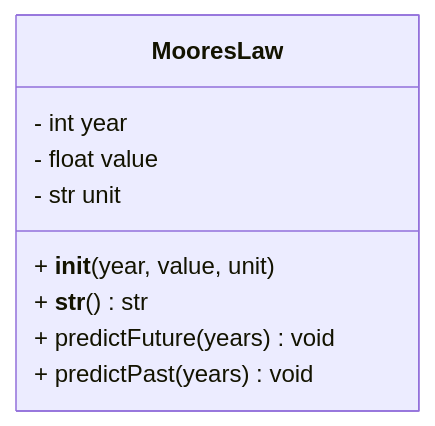
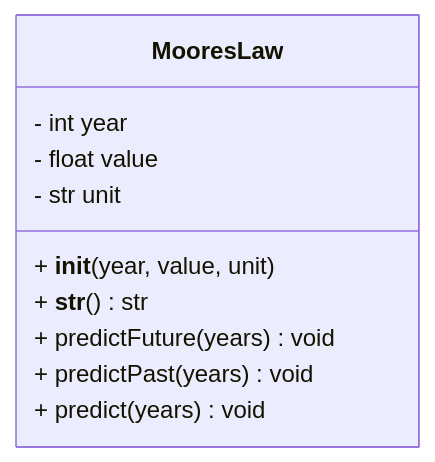
The diagram in object_oriented/MooresLaw_UML_Diagram.md (ProfLehman/cs216_spring_2025), drawn with Mermaid before and after one commit.

````diff
--- a/object_oriented/MooresLaw_UML_Diagram.md
+++ b/object_oriented/MooresLaw_UML_Diagram.md
@@ -3,12 +3,13 @@
 ```mermaid
 classDiagram
     class MooresLaw {
         - int year
         - float value
         - str unit
         + __init__(year, value, unit)
         + __str__() str
         + predictFuture(years) void
         + predictPast(years) void
+        + predict(years) void
     }
 ```
````
